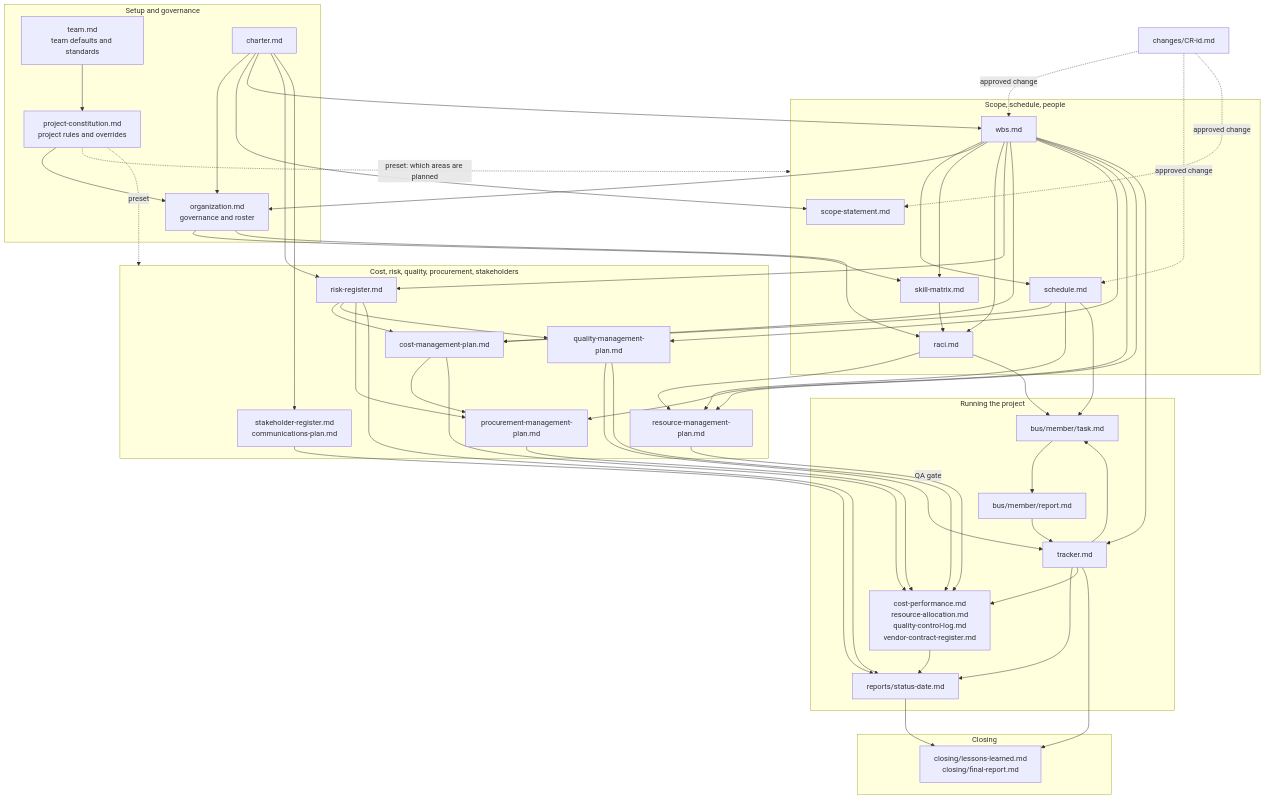
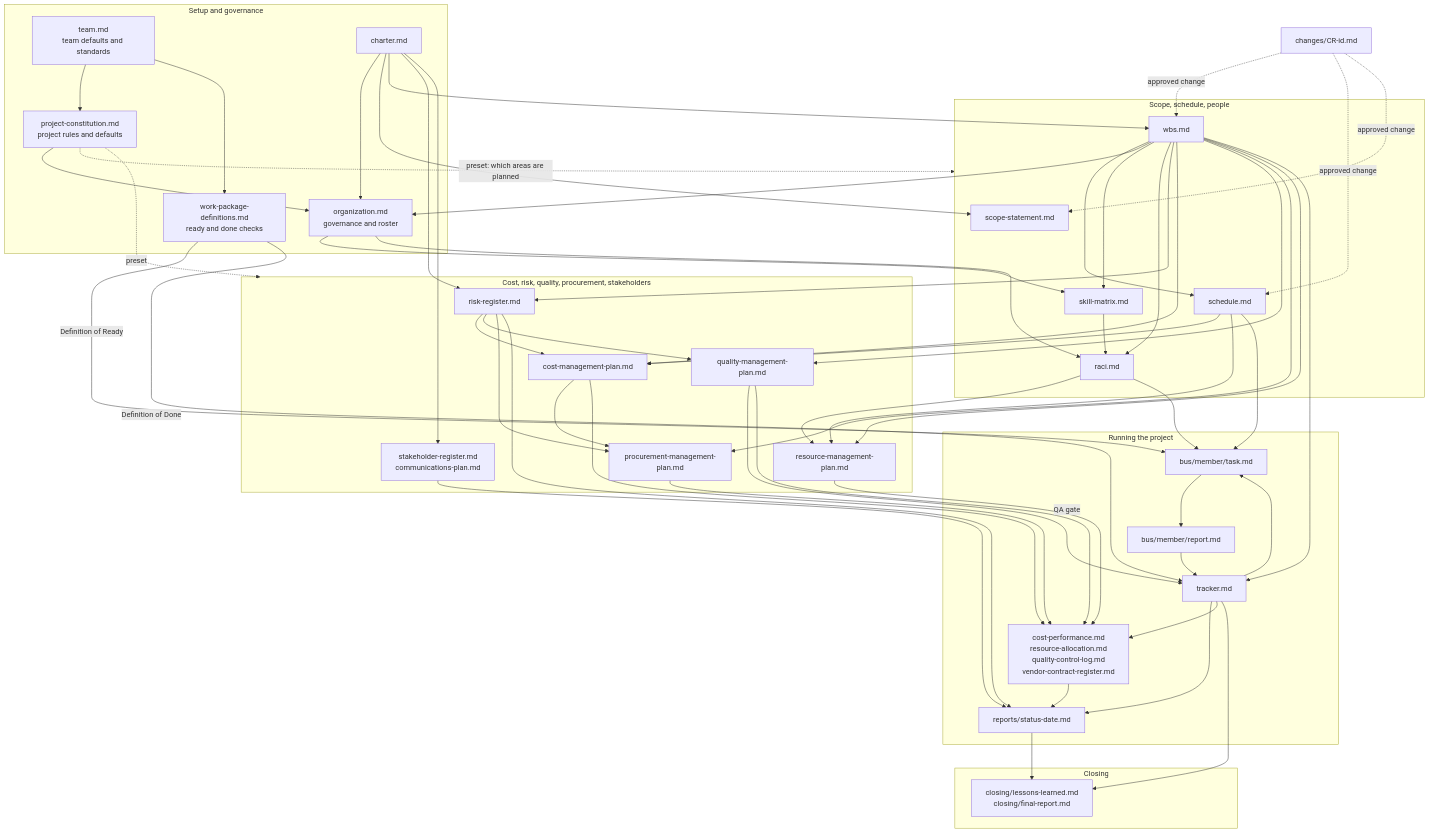
The diagram in docs/guides/artifact-reference.md (pulkit-jain/ProjectFabric), drawn with Mermaid before and after one commit. The commit also changed other lines of this file and 44 other files, not shown here.

Commit message:
*Work package checks moved to their own file, `work-package-definitions.md` and changes in project-constitution

```diff
--- a/docs/guides/artifact-reference.md
+++ b/docs/guides/artifact-reference.md
@@ -25,7 +25,8 @@
 flowchart TD
     subgraph Setup["Setup and governance"]
         team["team.md<br/>team defaults and standards"]
-        constitution["project-constitution.md<br/>project rules and overrides"]
+        constitution["project-constitution.md<br/>project rules and defaults"]
+        wpdefs["work-package-definitions.md<br/>ready and done checks"]
         charter["charter.md"]
         organization["organization.md<br/>governance and roster"]
     end
@@ -60,6 +61,9 @@
     end
 
     team --> constitution
+    team --> wpdefs
+    wpdefs -- "Definition of Ready" --> task
+    wpdefs -- "Definition of Done" --> tracker
     constitution -. "preset: which areas are planned" .-> Plan
     constitution -. preset .-> Areas
     constitution --> organization
```
